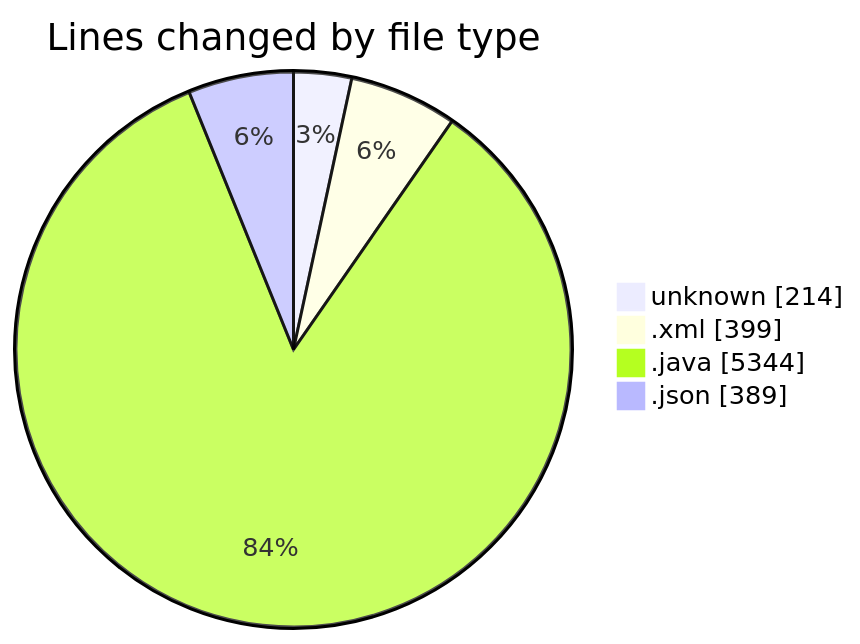
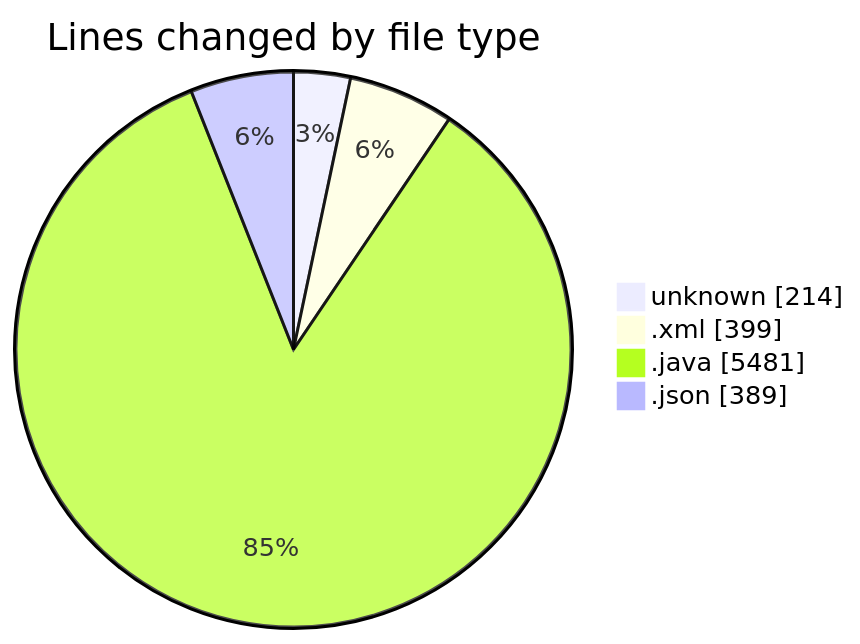
The first of 2 diagrams in 2025-02-24/micros/README.md (charlie-sans/code-tracking), drawn with Mermaid before and after one commit. The commit also changed other lines of this file and 1 other file, not shown here.

````diff
--- a/2025-02-24/micros/README.md
+++ b/2025-02-24/micros/README.md
@@ -37,8 +38,8 @@
 ```mermaid
 pie showData
 title Lines changed by file type
 "unknown" : 214
 ".xml" : 399
-".java" : 5344
+".java" : 5481
 ".json" : 389
 ```
````
